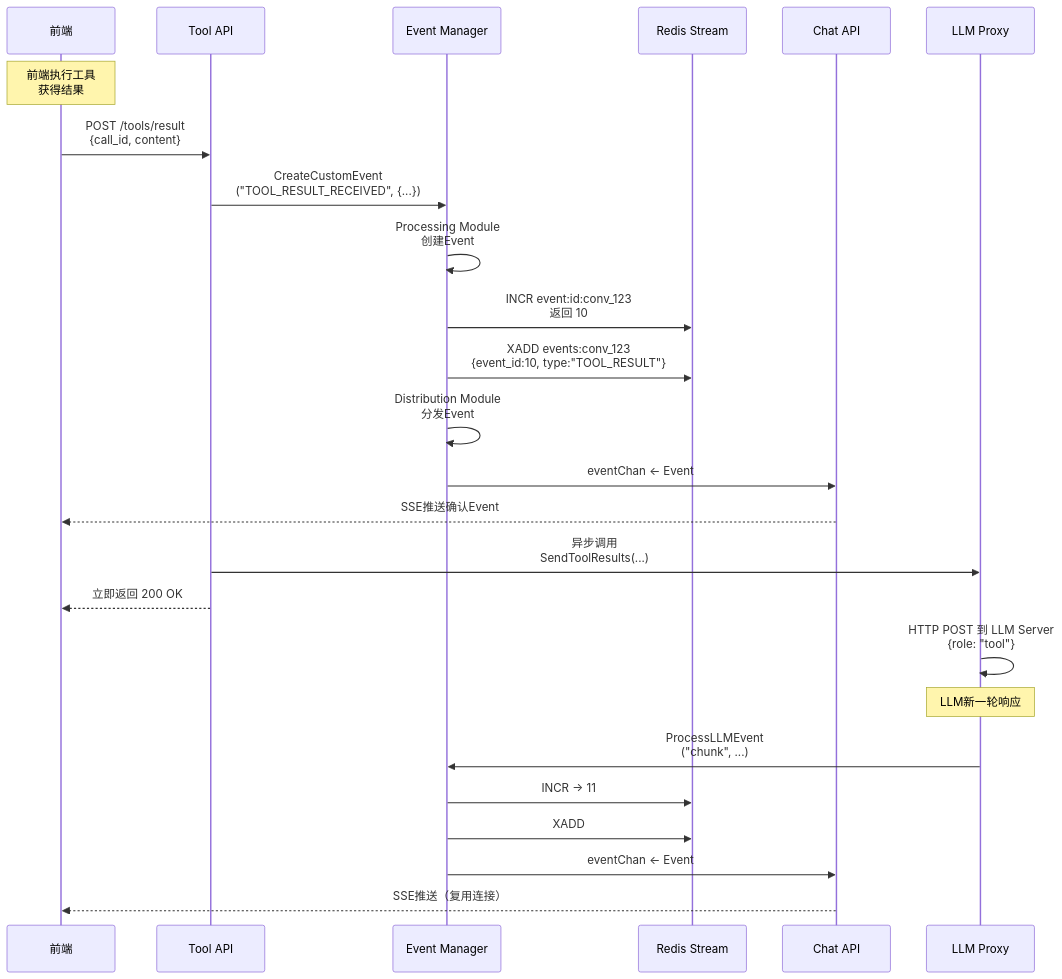
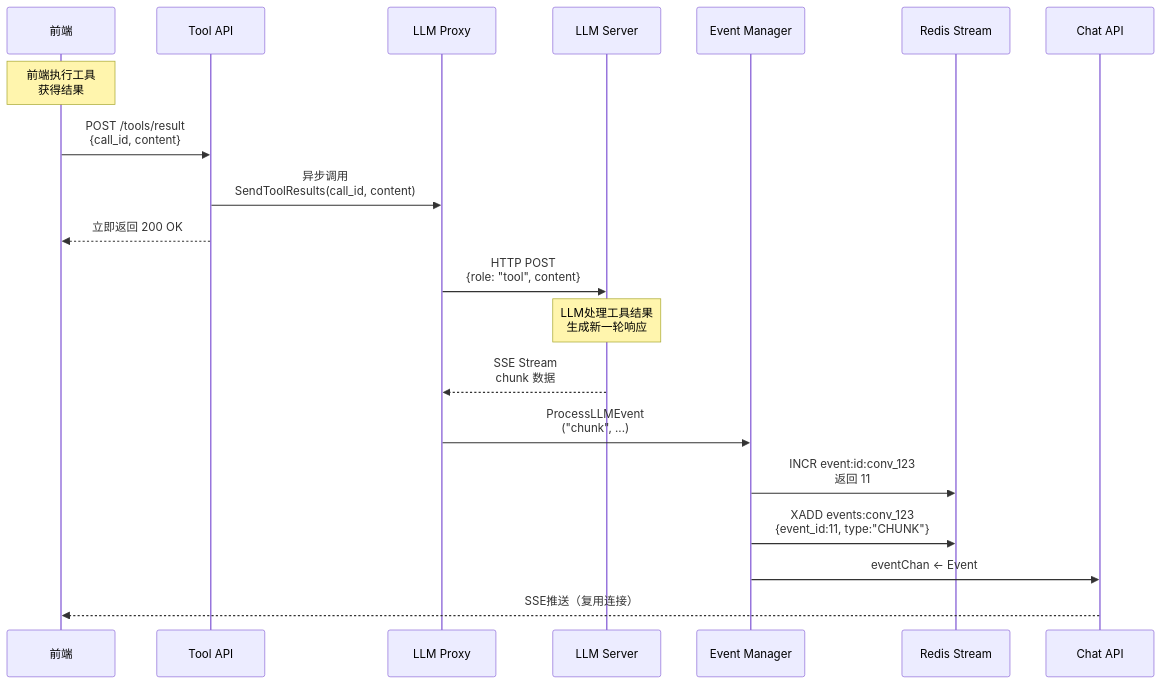
The diagram in all/未命名-10.md (yingjianzh/iodraw-files), drawn with Mermaid before and after one commit.

Commit message:
2025-12-23 15:44:09 update

````diff
--- a/all/未命名-10.md
+++ b/all/未命名-10.md
@@ -1,36 +1,30 @@
 ```mermaid
 sequenceDiagram
     participant FE as 前端
     participant ToolAPI as Tool API
+    participant LLMProxy as LLM Proxy
+    participant LLMServer as LLM Server
     participant EventMgr as Event Manager
     participant Redis as Redis Stream
     participant ChatAPI as Chat API
-    participant LLMProxy as LLM Proxy
 
     Note over FE: 前端执行工具<br/>获得结果
 
     FE->>ToolAPI: POST /tools/result<br/>{call_id, content}
     
-    ToolAPI->>EventMgr: CreateCustomEvent<br/>("TOOL_RESULT_RECEIVED", {...})
-    
-    EventMgr->>EventMgr: Processing Module<br/>创建Event
-    EventMgr->>Redis: INCR event:id:conv_123<br/>返回 10
-    EventMgr->>Redis: XADD events:conv_123<br/>{event_id:10, type:"TOOL_RESULT"}
-    
-    EventMgr->>EventMgr: Distribution Module<br/>分发Event
-    EventMgr->>ChatAPI: eventChan <- Event
-    ChatAPI-->>FE: SSE推送确认Event
-    
-    ToolAPI->>LLMProxy: 异步调用<br/>SendToolResults(...)
+    ToolAPI->>LLMProxy: 异步调用<br/>SendToolResults(call_id, content)
     ToolAPI-->>FE: 立即返回 200 OK
     
-    LLMProxy->>LLMProxy: HTTP POST 到 LLM Server<br/>{role: "tool"}
+    LLMProxy->>LLMServer: HTTP POST<br/>{role: "tool", content}
     
-    Note over LLMProxy: LLM新一轮响应
+    Note over LLMServer: LLM处理工具结果<br/>生成新一轮响应
+    
+    LLMServer-->>LLMProxy: SSE Stream<br/>chunk 数据
     
     LLMProxy->>EventMgr: ProcessLLMEvent<br/>("chunk", ...)
-    EventMgr->>Redis: INCR → 11
-    EventMgr->>Redis: XADD
+    EventMgr->>Redis: INCR event:id:conv_123<br/>返回 11
+    EventMgr->>Redis: XADD events:conv_123<br/>{event_id:11, type:"CHUNK"}
+    
     EventMgr->>ChatAPI: eventChan <- Event
     ChatAPI-->>FE: SSE推送（复用连接）
 ```
````
